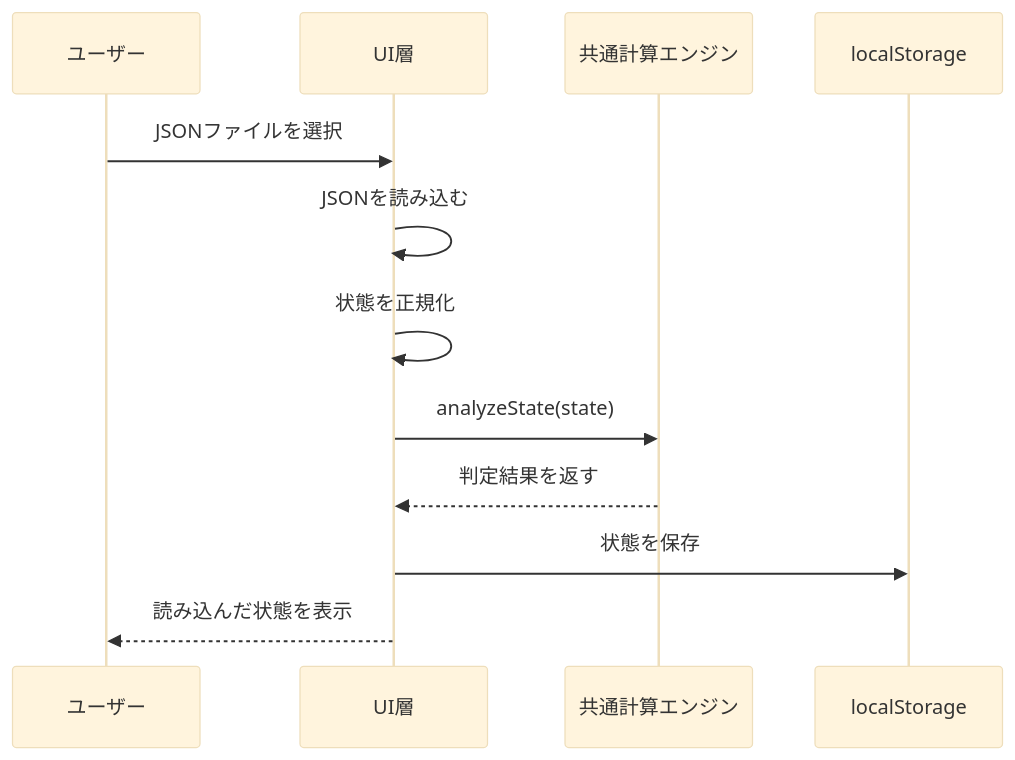
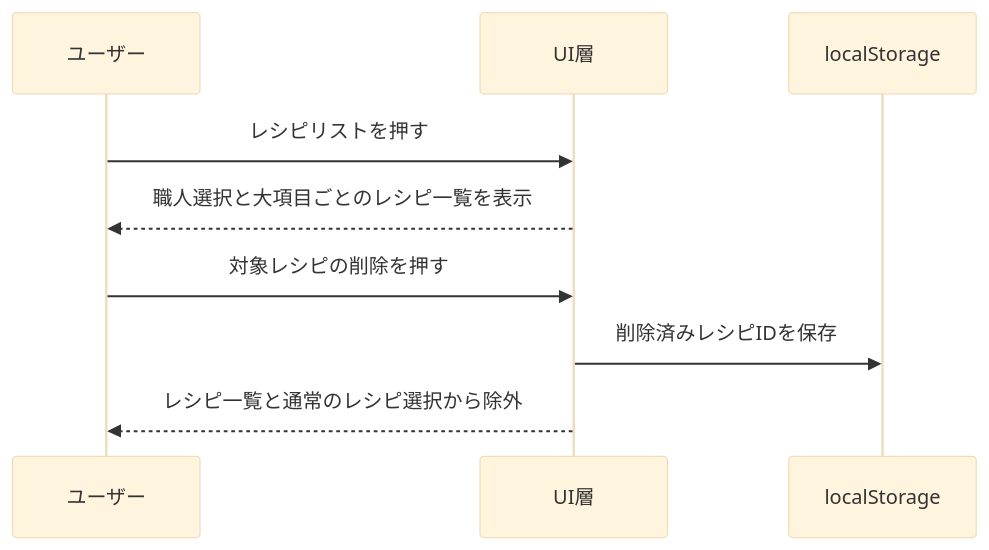
The sixth of 7 diagrams in docs/design/02-sequences.md (kwdch013/crafting_dq10), drawn with Mermaid (base theme) before and after one commit. The commit also changed other lines of this file and 187 other files, not shown here.

````diff
--- a/docs/design/02-sequences.md
+++ b/docs/design/02-sequences.md
@@ -116,15 +118,12 @@
 ```mermaid
 sequenceDiagram
   participant User as ユーザー
   participant UI as UI層
-  participant Engine as 共通計算エンジン
   participant Storage as localStorage
 
-  User->>UI: JSONファイルを選択
-  UI->>UI: JSONを読み込む
-  UI->>UI: 状態を正規化
-  UI->>Engine: analyzeState(state)
-  Engine-->>UI: 判定結果を返す
-  UI->>Storage: 状態を保存
-  UI-->>User: 読み込んだ状態を表示
+  User->>UI: レシピリストを押す
+  UI-->>User: 職人選択と大項目ごとのレシピ一覧を表示
+  User->>UI: 対象レシピの削除を押す
+  UI->>Storage: 削除済みレシピIDを保存
+  UI-->>User: レシピ一覧と通常のレシピ選択から除外
 ```
````
